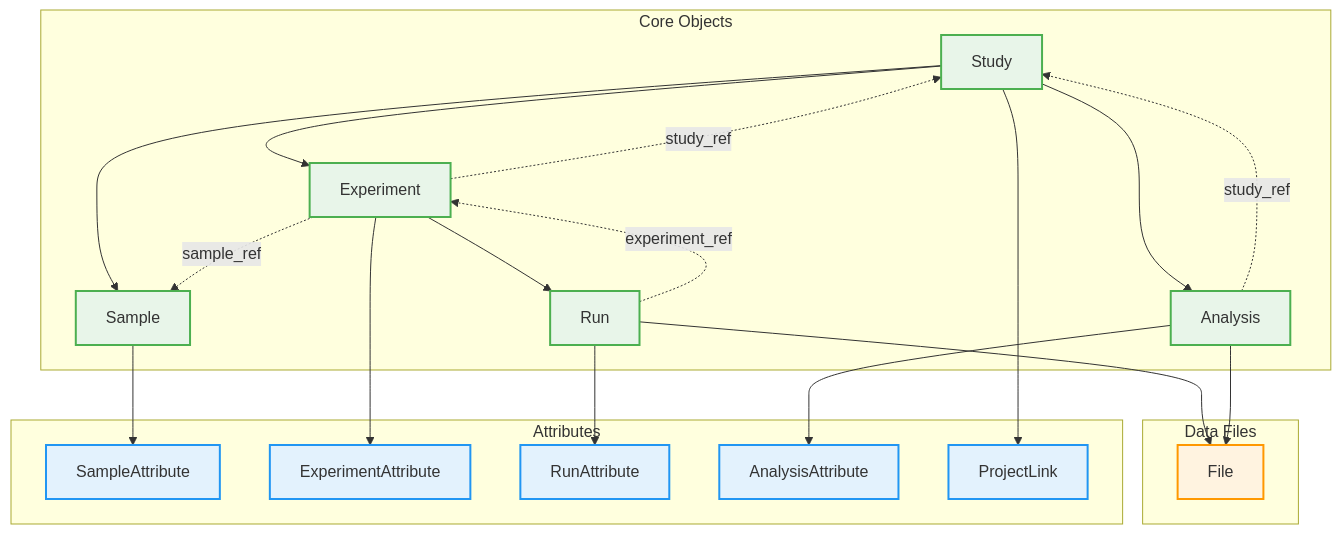
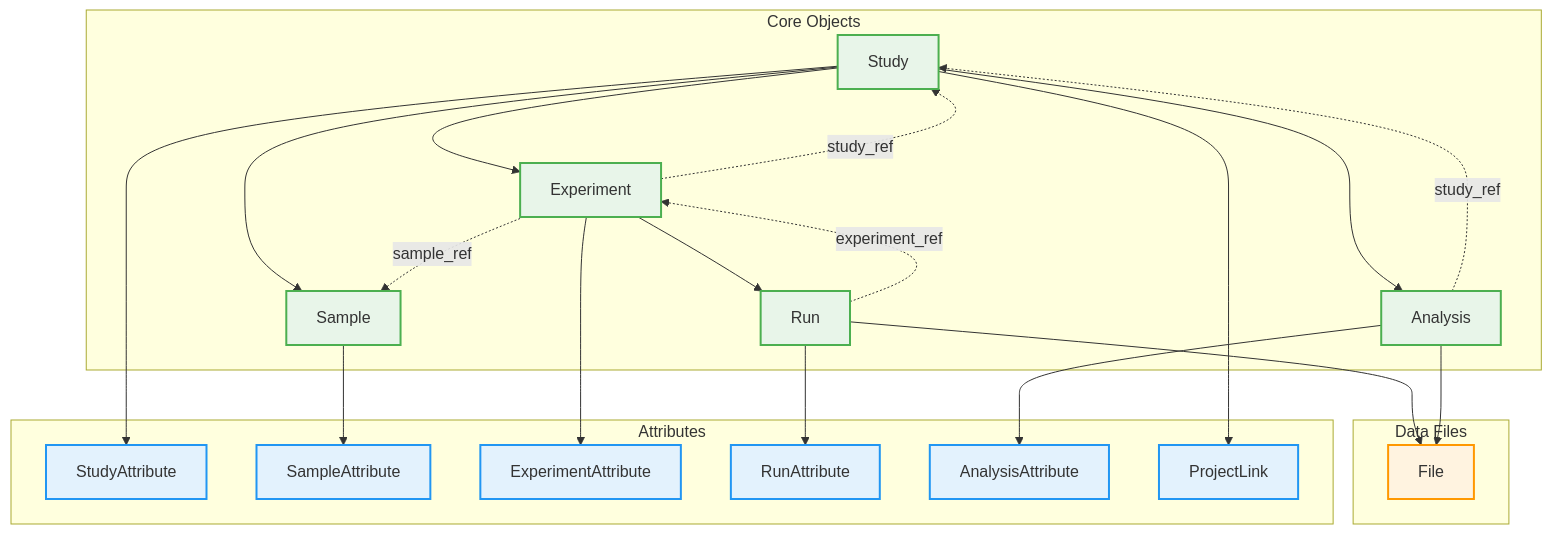
Before and after one commit to sorenwacker/metaseed: the first of 2 diagrams in docs/profiles/ena.md, drawn with Mermaid. The commit also changed other lines of this file and 14 other files, not shown here.

````diff
--- a/docs/profiles/ena.md
+++ b/docs/profiles/ena.md
@@ -7,53 +7,55 @@
 ```mermaid
 flowchart TB
     subgraph core["Core Objects"]
         STU[Study]
         SAM[Sample]
         EXP[Experiment]
         RUN[Run]
         ANA[Analysis]
     end
 
     subgraph files["Data Files"]
         FILE[File]
     end
 
     subgraph attributes["Attributes"]
+        STA[StudyAttribute]
         SA[SampleAttribute]
         EA[ExperimentAttribute]
         RA[RunAttribute]
         AA[AnalysisAttribute]
         PL[ProjectLink]
     end
 
     %% Core relationships
     STU --> SAM
     STU --> EXP
     STU --> ANA
     EXP --> RUN
 
     %% References
     EXP -.->|study_ref| STU
     EXP -.->|sample_ref| SAM
     RUN -.->|experiment_ref| EXP
     ANA -.->|study_ref| STU
 
     %% File relationships
     RUN --> FILE
     ANA --> FILE
 
     %% Attribute relationships
     STU --> PL
+    STU --> STA
     SAM --> SA
     EXP --> EA
     RUN --> RA
     ANA --> AA
 
     classDef core fill:#e8f5e9,stroke:#4caf50,stroke-width:2px
     classDef file fill:#fff3e0,stroke:#ff9800,stroke-width:2px
     classDef attr fill:#e3f2fd,stroke:#2196f3,stroke-width:2px
 
     class STU,SAM,EXP,RUN,ANA core
     class FILE file
-    class SA,EA,RA,AA,PL attr
+    class STA,SA,EA,RA,AA,PL attr
 ```
````
